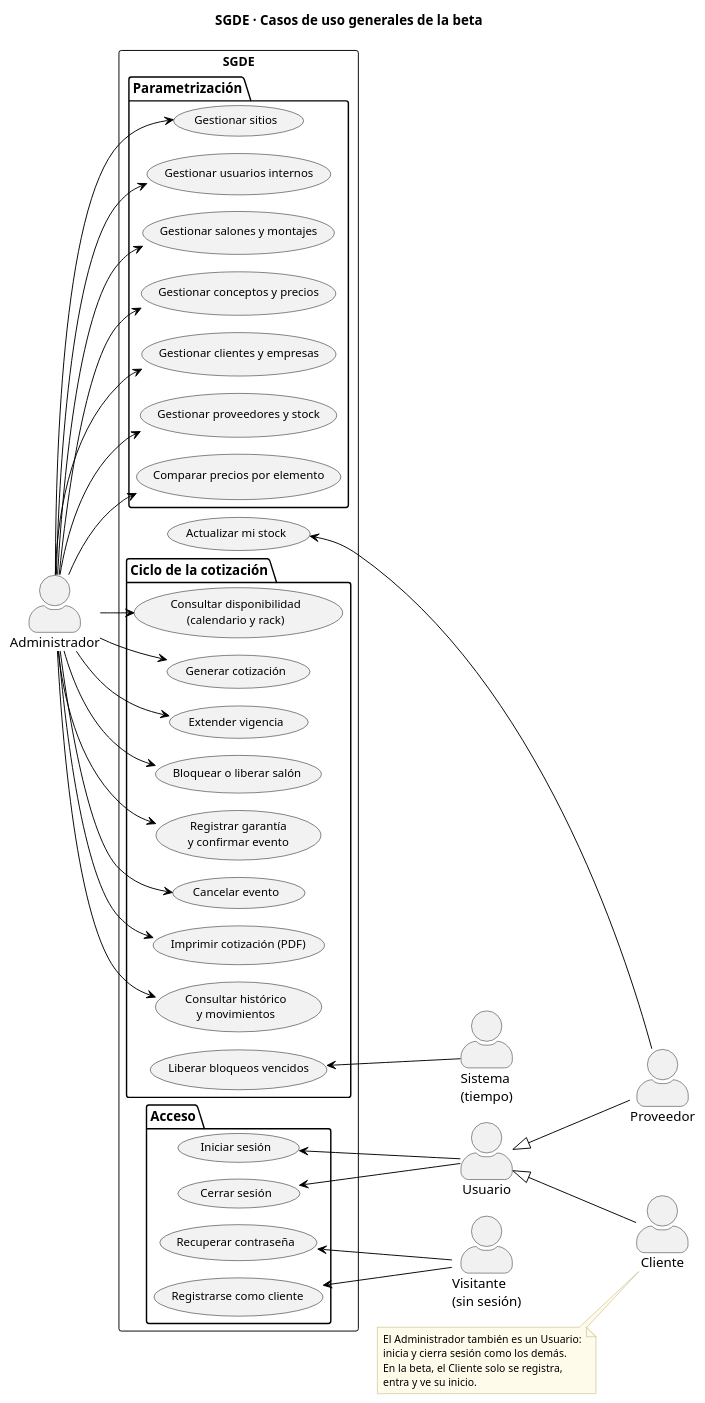
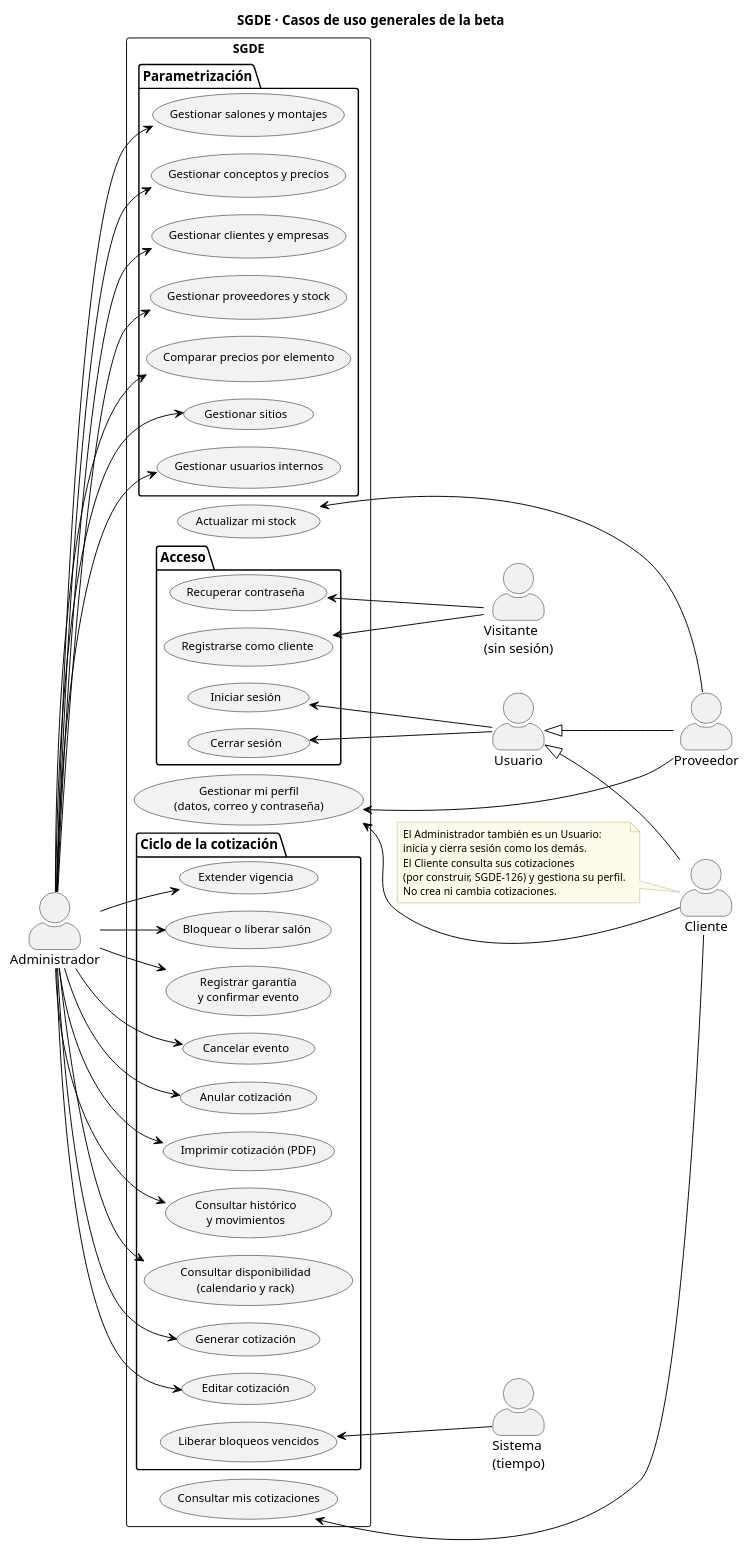
One commit to AndreCamx2/Gestion-De-Eventos changed the diagram in docs/casos_uso_sgde/SGDE-00_Casos_de_uso_general.puml. Above: the diagram before and after it, drawn with PlantUML. The commit also changed 30 other files, not shown here.

First line of the commit message:
docs(casos-uso): rol cliente consulta sus cotizaciones y gestiona su perfil

```diff
--- a/docs/casos_uso_sgde/SGDE-00_Casos_de_uso_general.puml
+++ b/docs/casos_uso_sgde/SGDE-00_Casos_de_uso_general.puml
@@ -1,89 +1,98 @@
 @startuml SGDE-00_Casos_de_uso_general
 !pragma layout smetana
 left to right direction
 skinparam backgroundColor white
 skinparam usecase {
   BackgroundColor #F2F2F2
   BorderColor black
   FontSize 12
 }
 skinparam rectangle {
   BorderColor black
   FontSize 13
   FontStyle bold
 }
 skinparam note {
   BackgroundColor #FFFBEA
   BorderColor #B8A86B
   FontSize 11
 }
 skinparam ArrowColor black
 skinparam actorStyle awesome
 title SGDE · Casos de uso generales de la beta
 
 actor "Administrador" as AD
 
 rectangle "SGDE" {
   package "Parametrización" {
     usecase "Gestionar sitios" as UC_SITIOS
     usecase "Gestionar usuarios internos" as UC_USUARIOS
     usecase "Gestionar salones y montajes" as UC_SALONES
     usecase "Gestionar conceptos y precios" as UC_CONCEPTOS
     usecase "Gestionar clientes y empresas" as UC_CLIENTES
     usecase "Gestionar proveedores y stock" as UC_PROVEEDORES
     usecase "Comparar precios por elemento" as UC_COMPARAR
   }
   package "Ciclo de la cotización" {
     usecase "Consultar disponibilidad\n(calendario y rack)" as UC_DISPO
     usecase "Generar cotización" as UC_COTIZAR
+    usecase "Editar cotización" as UC_EDITAR
     usecase "Extender vigencia" as UC_VIGENCIA
     usecase "Bloquear o liberar salón" as UC_BLOQUEO
     usecase "Registrar garantía\ny confirmar evento" as UC_CONFIRMAR
     usecase "Cancelar evento" as UC_CANCELAR
+    usecase "Anular cotización" as UC_ANULAR
     usecase "Imprimir cotización (PDF)" as UC_PDF
     usecase "Consultar histórico\ny movimientos" as UC_HISTORICO
     usecase "Liberar bloqueos vencidos" as UC_LIBERAR_AUTO
   }
   package "Acceso" {
     usecase "Iniciar sesión" as UC_LOGIN
     usecase "Cerrar sesión" as UC_LOGOUT
     usecase "Recuperar contraseña" as UC_CLAVE
     usecase "Registrarse como cliente" as UC_REG
   }
   usecase "Actualizar mi stock" as UC_MISTOCK
+  usecase "Consultar mis cotizaciones" as UC_MISCOT
+  usecase "Gestionar mi perfil\n(datos, correo y contraseña)" as UC_PERFIL
 }
 
 actor "Usuario" as US
 actor "Proveedor" as PR
 actor "Cliente" as CL
 actor "Visitante\n(sin sesión)" as VI
 actor "Sistema\n(tiempo)" as SIS
 
 AD --> UC_SITIOS
 AD --> UC_USUARIOS
 AD --> UC_SALONES
 AD --> UC_CONCEPTOS
 AD --> UC_CLIENTES
 AD --> UC_PROVEEDORES
 AD --> UC_COMPARAR
 AD --> UC_DISPO
 AD --> UC_COTIZAR
+AD --> UC_EDITAR
 AD --> UC_VIGENCIA
 AD --> UC_BLOQUEO
 AD --> UC_CONFIRMAR
 AD --> UC_CANCELAR
+AD --> UC_ANULAR
 AD --> UC_PDF
 AD --> UC_HISTORICO
 
 UC_LOGIN <-- US
 UC_LOGOUT <-- US
 UC_MISTOCK <-- PR
+UC_PERFIL <-- PR
+UC_PERFIL <-- CL
+UC_MISCOT <-- CL
 UC_CLAVE <-- VI
 UC_REG <-- VI
 UC_LIBERAR_AUTO <-- SIS
 US <|-- PR
 US <|-- CL
 
-note "El Administrador también es un Usuario:\ninicia y cierra sesión como los demás.\nEn la beta, el Cliente solo se registra,\nentra y ve su inicio." as N1
+note "El Administrador también es un Usuario:\ninicia y cierra sesión como los demás.\nEl Cliente consulta sus cotizaciones\n(por construir, SGDE-126) y gestiona su perfil.\nNo crea ni cambia cotizaciones." as N1
 N1 .. CL
 @enduml
```
